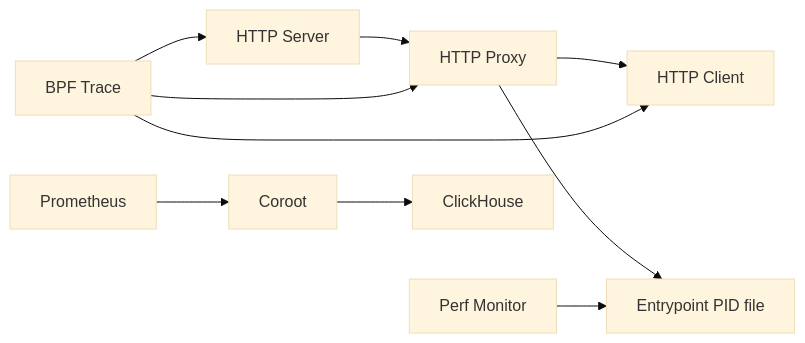
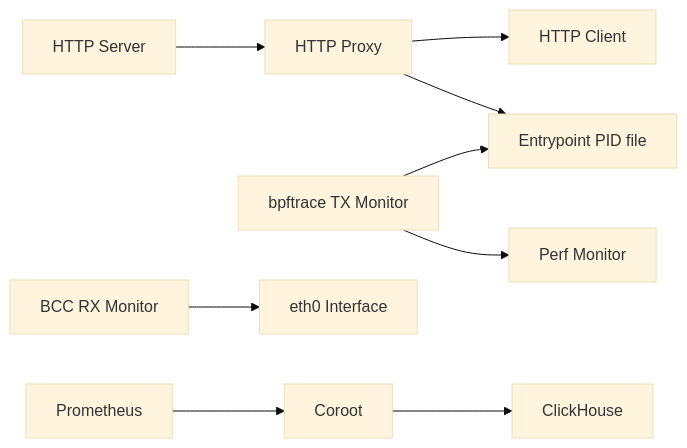
Before and after one commit to Fogus-Gr/MeasurementsDTs: the fourth of 4 diagrams in .qoder/repowiki/en/content/Integration Components/Network Monitoring System.md, drawn with Mermaid (base theme). The commit also changed other lines of this file and 10 other files, not shown here.

````diff
--- a/.qoder/repowiki/en/content/Integration Components/Network Monitoring System.md
+++ b/.qoder/repowiki/en/content/Integration Components/Network Monitoring System.md
@@ -240,12 +312,11 @@
 ```mermaid
 graph LR
 HS["HTTP Server"] --> HP["HTTP Proxy"]
 HP --> HC["HTTP Client"]
 HP --> EP["Entrypoint PID file"]
-PERF["Perf Monitor"] --> EP
-TRACE["BPF Trace"] --> HS
-TRACE --> HP
-TRACE --> HC
+TX["bpftrace TX Monitor"] --> EP
+TX --> PERF["Perf Monitor"]
+RX["BCC RX Monitor"] --> ETH["eth0 Interface"]
 PROM["Prometheus"] --> COROOT["Coroot"]
 COROOT --> CH["ClickHouse"]
 ```
````
